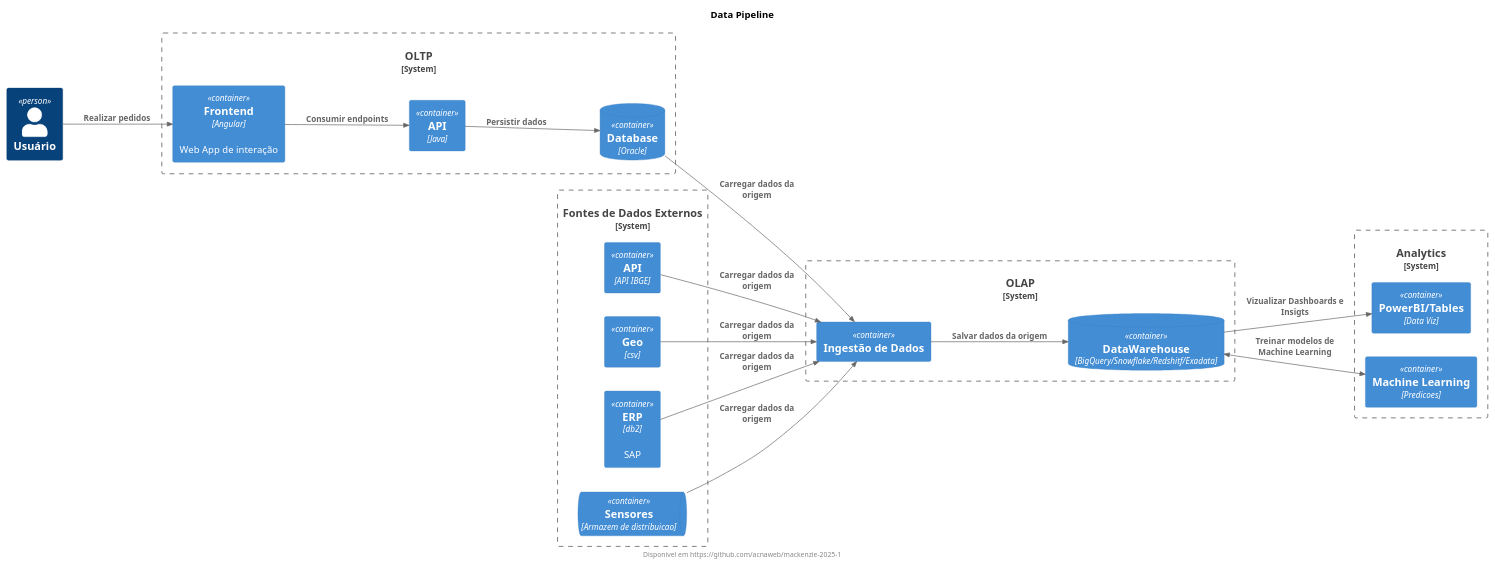
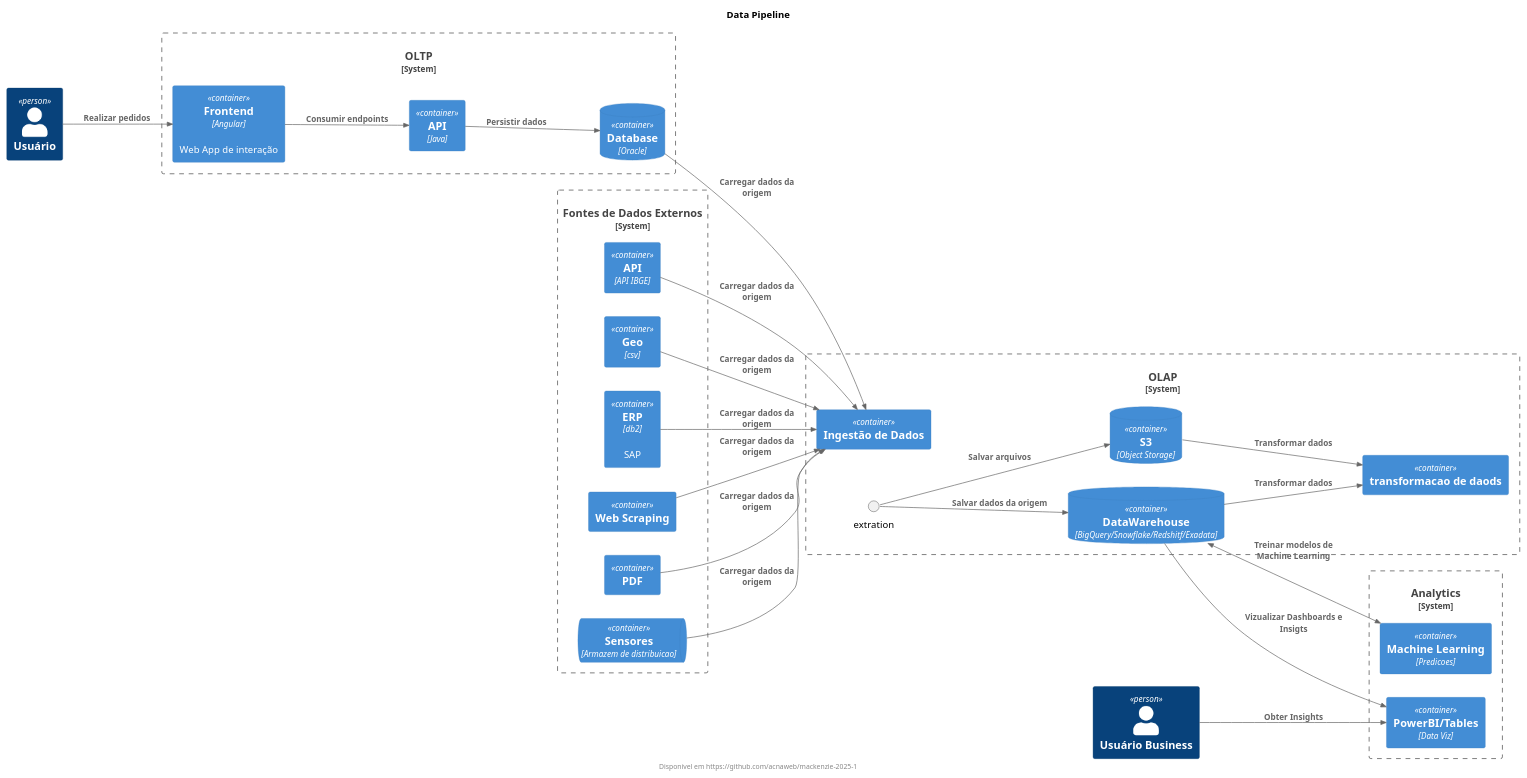
One commit to almeidacra/aula2025_1_DBRE- changed the diagram in diagrams/data_pipeline.puml. Above: the diagram before and after it, drawn with PlantUML.

```diff
--- a/diagrams/data_pipeline.puml
+++ b/diagrams/data_pipeline.puml
@@ -1,46 +1,58 @@
 @startuml diagram
 title Data Pipeline
 footer Disponível em https://github.com/acnaweb/mackenzie-2025-1
 
 !include https://raw.githubusercontent.com/plantuml-stdlib/C4-PlantUML/master/C4_Context.puml
 !include https://raw.githubusercontent.com/plantuml-stdlib/C4-PlantUML/master/C4_Container.puml
 LAYOUT_LANDSCAPE()
 
 Person(user, "Usuário")
+Person(user_business, "Usuário Business")
 
 System_Boundary(oltp, "OLTP"){
     Container(frontend, "Frontend", "Angular", "Web App de interação")
     Container(api, "API", "Java")
     ContainerDb(db, "Database", "Oracle")
 }
 
 System_Boundary(data_sources, "Fontes de Dados Externos"){
     Container(ibje, "API", "API IBGE")
     Container(correio, "Geo", "csv")
     Container(erp, "ERP", "db2", "SAP")
+    Container(scraping, "Web Scraping")
+    Container(pdf, "PDF")
     ContainerQueue(iot, "Sensores", "Armazem de distribuicao")
 }
 
 System_Boundary(analytics, "Analytics"){
     Container(dataviz, "PowerBI/Tables", "Data Viz")
     Container(ml, "Machine Learning", "Predicoes")
 }
 
 System_Boundary(olap, "OLAP"){
     Container(job, "Ingestão de Dados")
+    ContainerDb(objetct_storage, "S3", "Object Storage")
     ContainerDb(dw, "DataWarehouse", "BigQuery/Snowflake/Redshitf/Exadata")
-    Rel(job, dw, "Salvar dados da origem")
-}
+    Container(transformation, "transformacao de daods" ) 
+    Rel(extration, dw, "Salvar dados da origem")
+    Rel(extration, objetct_storage, "Salvar arquivos")
+    Rel(dw, transformation, "Transformar dados")
+    Rel(objetct_storage, transformation, "Transformar dados")
+}   
 
 Rel(user, frontend, "Realizar pedidos")
+Rel(user_business, dataviz, "Obter Insights")
+
 Rel(frontend, api, "Consumir endpoints")
 Rel(api, db, "Persistir dados")
 Rel(db, job, "Carregar dados da origem")
 Rel(ibje, job, "Carregar dados da origem")
 Rel(correio, job, "Carregar dados da origem")
 Rel(erp, job, "Carregar dados da origem")
 Rel(iot, job, "Carregar dados da origem")
+Rel(pdf, job, "Carregar dados da origem")
+Rel(scraping, job, "Carregar dados da origem")
 Rel(dw, dataviz, "Vizualizar Dashboards e Insigts")
 BiRel(dw, ml, "Treinar modelos de Machine Learning ")
 
 @enduml
```
